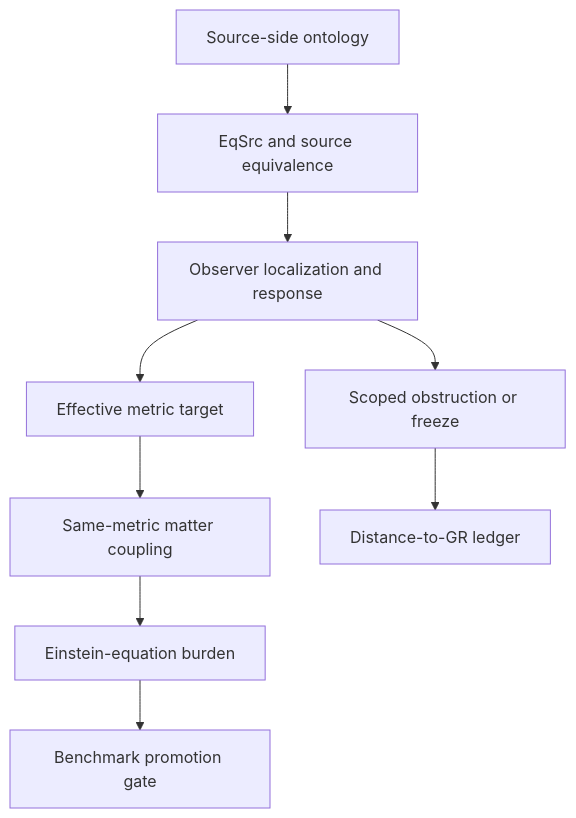
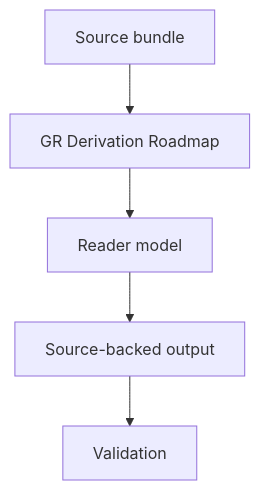
One commit to AngryOwlAI/The-AEther-Flow changed the diagram in github-facing/gr-derivation-roadmap-explainer.md. Above: the diagram before and after it, drawn with Mermaid. The commit also changed other lines of this file and 197 other files, not shown here.

````diff
--- a/github-facing/gr-derivation-roadmap-explainer.md
+++ b/github-facing/gr-derivation-roadmap-explainer.md
@@ -15,11 +16,7 @@
 ```mermaid
 flowchart TD
-  Source["Source-side ontology"] --> EqSrc["EqSrc and source equivalence"]
-  EqSrc --> Obs["Observer localization and response"]
-  Obs --> Metric["Effective metric target"]
-  Metric --> Matter["Same-metric matter coupling"]
-  Matter --> Einstein["Einstein-equation burden"]
-  Einstein --> Benchmark["Benchmark promotion gate"]
-  Obs --> Negative["Scoped obstruction or freeze"]
-  Negative --> Ledger["Distance-to-GR ledger"]
+  A["Source bundle"] --> B["GR Derivation Roadmap"]
+  B["GR Derivation Roadmap"] --> C["Reader model"]
+  C["Reader model"] --> D["Source-backed output"]
+  D["Source-backed output"] --> E["Validation"]
 ```
````
